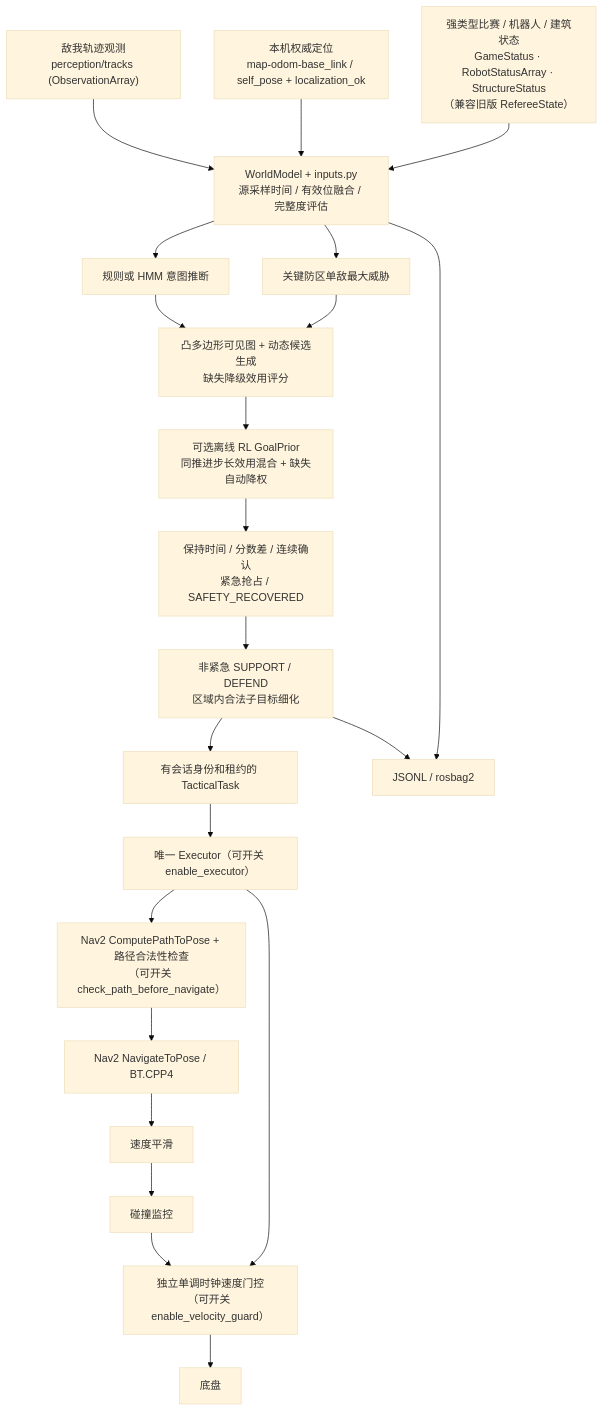
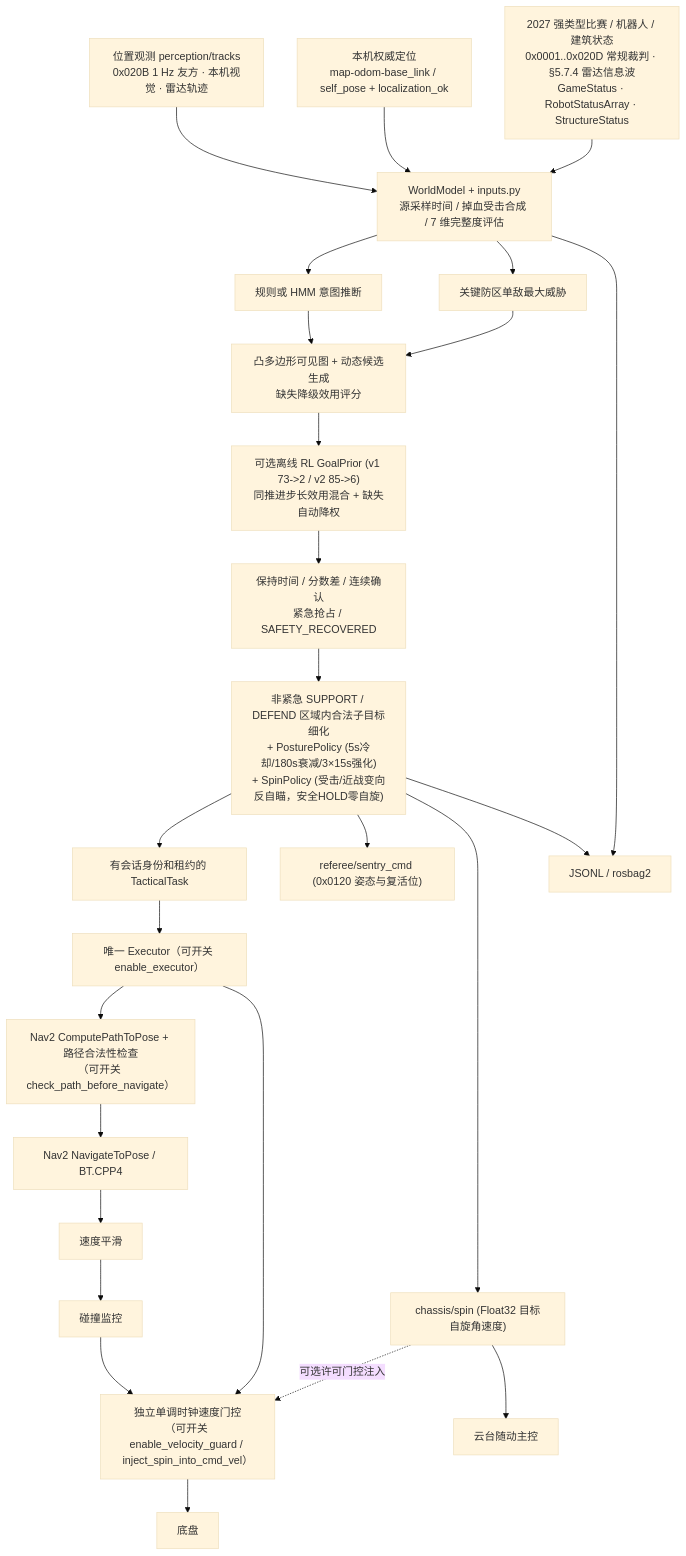
Before and after one commit to yelle233/SentryWeave: the diagram in docs/architecture.md, drawn with Mermaid (base theme). The commit also changed other lines of this file and 9 other files, not shown here.

Commit message:
docs: document RMUC 2027 referee/radar boundary, posture 0x0120, reactive spin and RL v2

````diff
--- a/docs/architecture.md
+++ b/docs/architecture.md
@@ -5,24 +5,28 @@
 ```mermaid
 flowchart TD
-  radar["敌我轨迹观测<br/>perception/tracks (ObservationArray)"] --> world
+  radar["位置观测 perception/tracks<br/>0x020B 1 Hz 友方 · 本机视觉 · 雷达轨迹"] --> world
   localization["本机权威定位<br/>map-odom-base_link / self_pose + localization_ok"] --> world
-  typed["强类型比赛 / 机器人 / 建筑状态<br/>GameStatus · RobotStatusArray · StructureStatus<br/>（兼容旧版 RefereeState）"] --> world["WorldModel + inputs.py<br/>源采样时间 / 有效位融合 / 完整度评估"]
+  typed["2027 强类型比赛 / 机器人 / 建筑状态<br/>0x0001..0x020D 常规裁判 · §5.7.4 雷达信息波<br/>GameStatus · RobotStatusArray · StructureStatus"] --> world["WorldModel + inputs.py<br/>源采样时间 / 掉血受击合成 / 7 维完整度评估"]
   world --> intents[规则或 HMM 意图推断]
   world --> threats[关键防区单敌最大威胁]
   intents --> policy["凸多边形可见图 + 动态候选生成<br/>缺失降级效用评分"]
   threats --> policy
-  policy --> rl["可选离线 RL GoalPrior<br/>同推进步长效用混合 + 缺失自动降权"]
+  policy --> rl["可选离线 RL GoalPrior (v1 73->2 / v2 85->6)<br/>同推进步长效用混合 + 缺失自动降权"]
   rl --> arbitration["保持时间 / 分数差 / 连续确认<br/>紧急抢占 / SAFETY_RECOVERED"]
-  arbitration --> refine["非紧急 SUPPORT / DEFEND<br/>区域内合法子目标细化"]
+  arbitration --> refine["非紧急 SUPPORT / DEFEND 区域内合法子目标细化<br/>+ PosturePolicy (5s冷却/180s衰减/3×15s强化)<br/>+ SpinPolicy (受击/近战变向反自瞄，安全HOLD零自旋)"]
   refine --> task[有会话身份和租约的 TacticalTask]
+  refine --> sentry_cmd["referee/sentry_cmd (0x0120 姿态与复活位)"]
+  refine --> spin_out["chassis/spin (Float32 目标自旋角速度)"]
   task --> executor["唯一 Executor（可开关 enable_executor）"]
   executor --> preflight["Nav2 ComputePathToPose + 路径合法性检查<br/>（可开关 check_path_before_navigate）"]
   preflight --> navigation[Nav2 NavigateToPose / BT.CPP4]
   navigation --> smoother[速度平滑]
   smoother --> collision[碰撞监控]
-  collision --> guard["独立单调时钟速度门控<br/>（可开关 enable_velocity_guard）"]
+  collision --> guard["独立单调时钟速度门控<br/>（可开关 enable_velocity_guard / inject_spin_into_cmd_vel）"]
+  spin_out -.->|可选许可门控注入| guard
+  spin_out --> gimbal[云台随动主控]
   guard --> chassis[底盘]
   executor --> guard
   world --> trace[JSONL / rosbag2]
   refine --> trace
 ```
````
